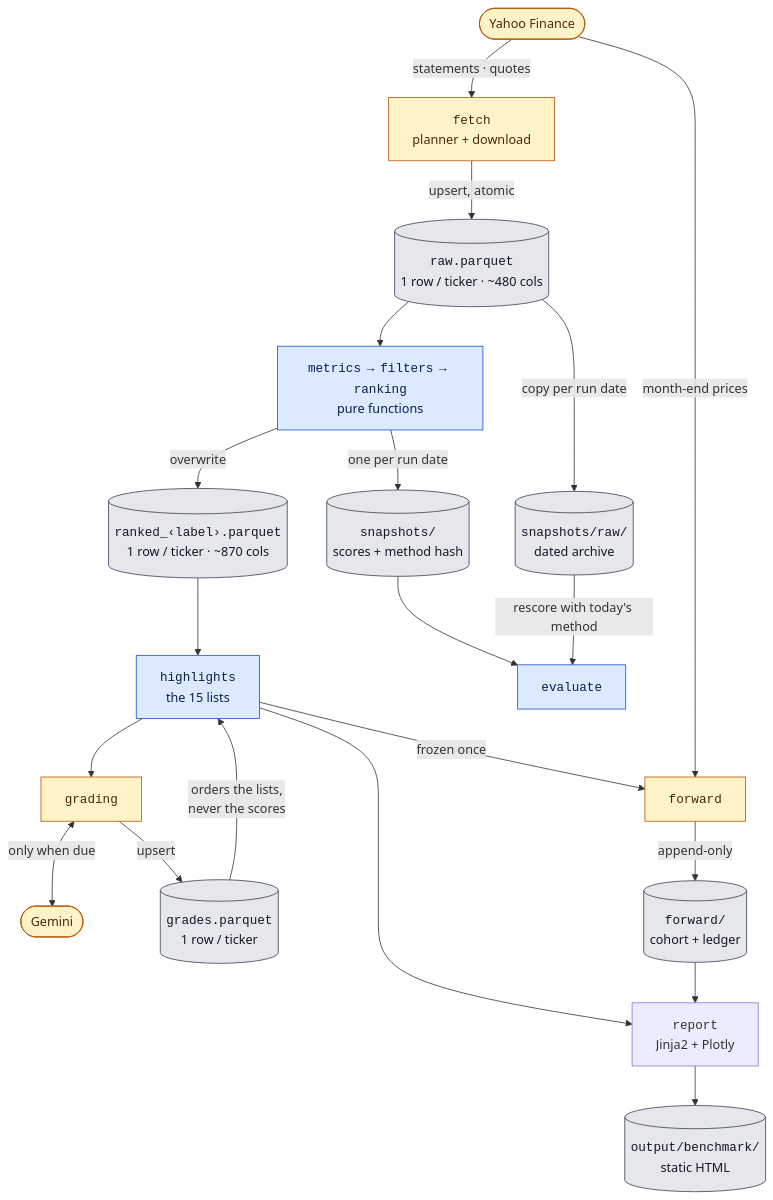
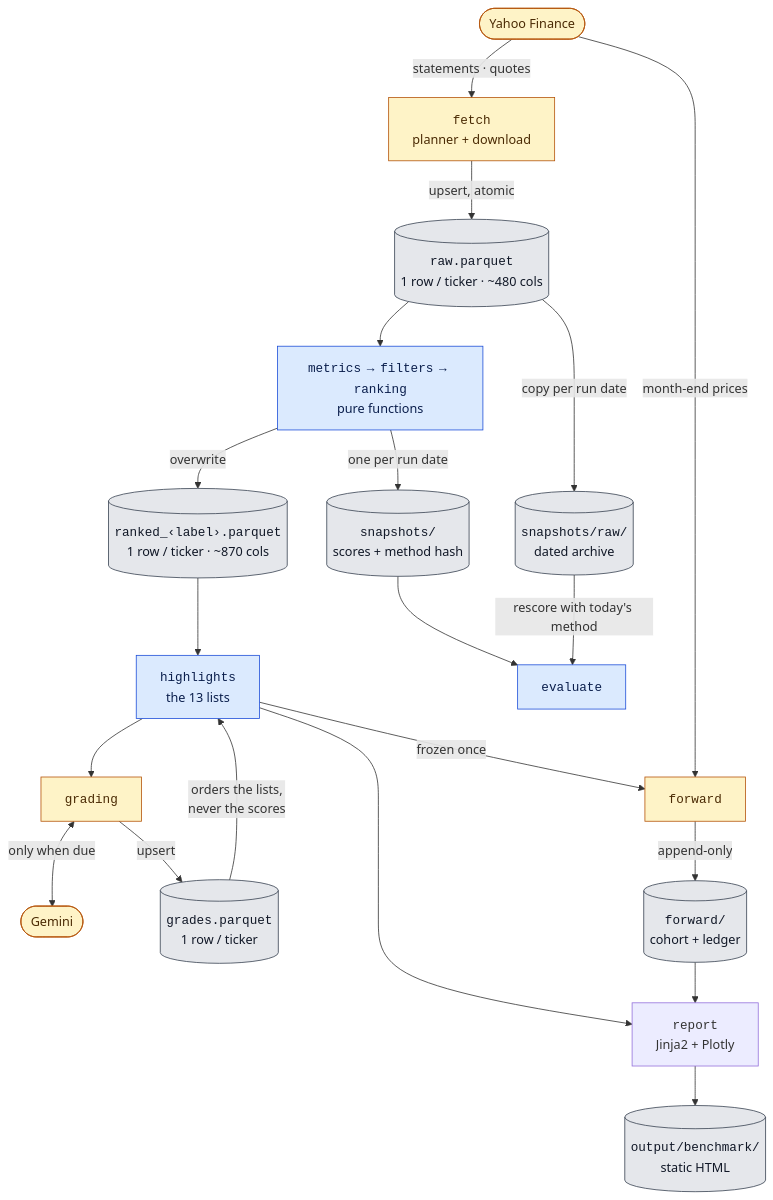
Before and after one commit to JAlvarezRomario/equity-screening-pipeline: the second of 5 diagrams in ARCHITECTURE.md, drawn with Mermaid. The commit also changed 9 other files, not shown here.

````diff
--- a/ARCHITECTURE.md
+++ b/ARCHITECTURE.md
@@ -81,29 +81,29 @@
 ```mermaid
 flowchart TB
     Y(["Yahoo Finance"]) -->|"statements · quotes"| F["<code>fetch</code><br/>planner + download"]
     F -->|"upsert, atomic"| RAW[("<code>raw.parquet</code><br/>1 row / ticker · ~480 cols")]
     RAW --> CORE["<code>metrics</code> → <code>filters</code> → <code>ranking</code><br/>pure functions"]
     RAW -->|"copy per run date"| RA[("<code>snapshots/raw/</code><br/>dated archive")]
     CORE -->|"overwrite"| RK[("<code>ranked_‹label›.parquet</code><br/>1 row / ticker · ~870 cols")]
     CORE -->|"one per run date"| SN[("<code>snapshots/</code><br/>scores + method hash")]
-    RK --> HL["<code>highlights</code><br/>the 15 lists"]
+    RK --> HL["<code>highlights</code><br/>the 13 lists"]
     HL --> GR["<code>grading</code>"]
     GR <-->|"only when due"| GM(["Gemini"])
     GR -->|"upsert"| GD[("<code>grades.parquet</code><br/>1 row / ticker")]
     GD -->|"orders the lists,<br/>never the scores"| HL
     HL -->|"frozen once"| FW["<code>forward</code>"]
     Y -->|"month-end prices"| FW
     FW -->|"append-only"| LG[("<code>forward/</code><br/>cohort + ledger")]
     HL --> SITE["<code>report</code><br/>Jinja2 + Plotly"]
     LG --> SITE
     SITE --> OUT[("<code>output/benchmark/</code><br/>static HTML")]
     SN --> EV["<code>evaluate</code>"]
     RA -->|"rescore with today's method"| EV
 
     classDef pure fill:#dbeafe,stroke:#1d4ed8,color:#0b1f4d
     classDef ext fill:#fef3c7,stroke:#b45309,color:#4a2a04
     classDef store fill:#e5e7eb,stroke:#374151,color:#111827
     class CORE,HL,EV pure
     class Y,GM,F,GR,FW ext
     class RAW,RA,RK,SN,GD,LG,OUT store
 ```
````
